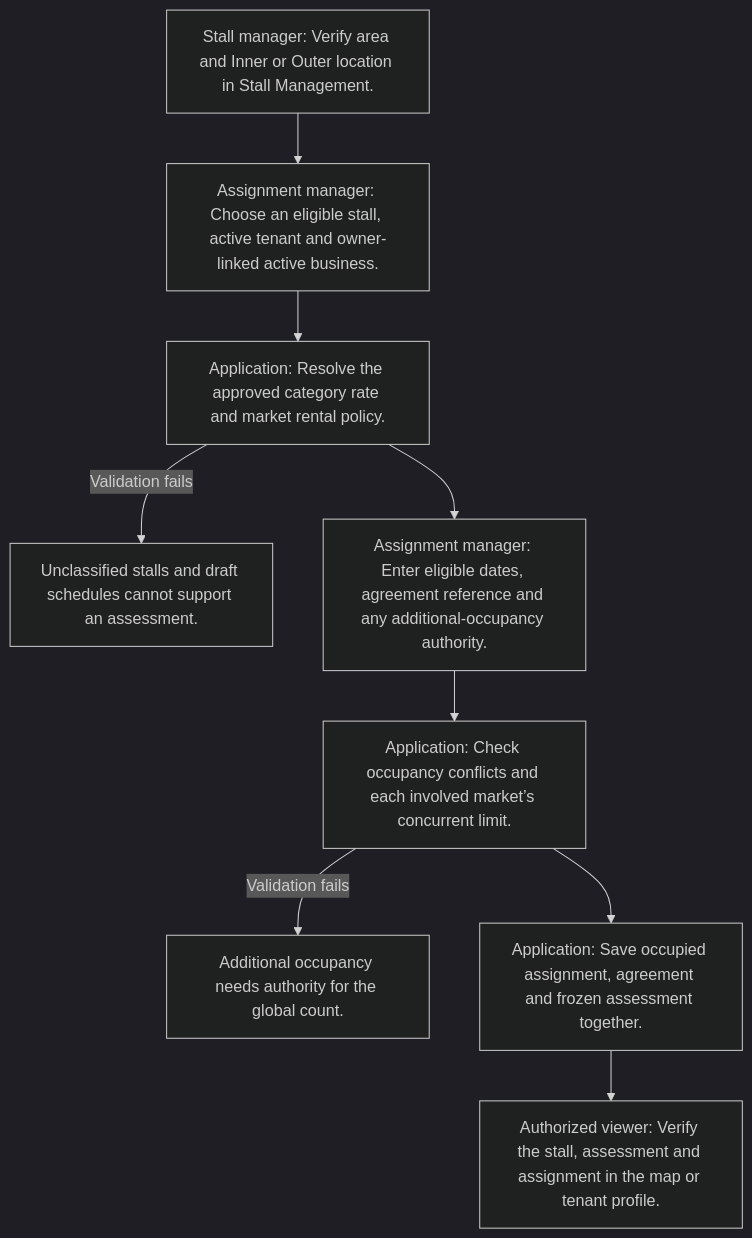
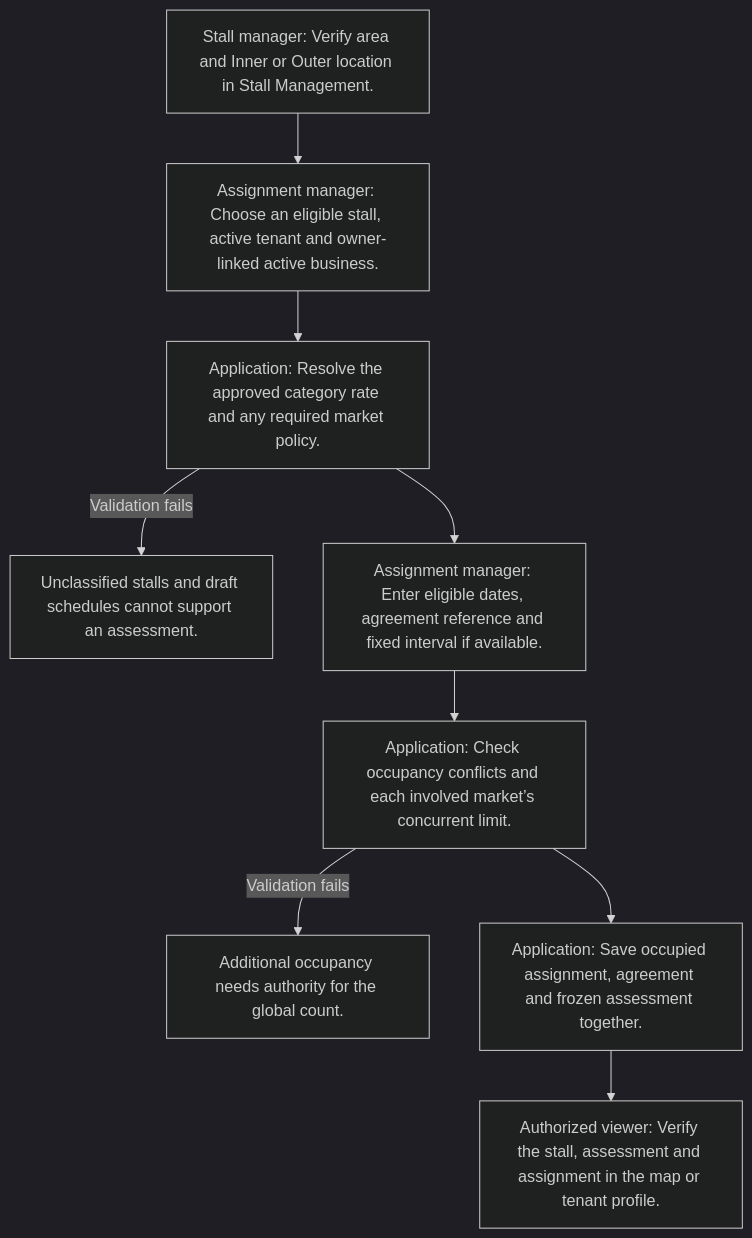
The diagram in docs/user-manual/workflows/04-stall-assignment.mmd (byte-vnz/markethub), drawn with Mermaid (dark theme) before and after one commit. The commit also changed 208 other files, not shown here.

```diff
--- a/docs/user-manual/workflows/04-stall-assignment.mmd
+++ b/docs/user-manual/workflows/04-stall-assignment.mmd
@@ -1,16 +1,16 @@
 flowchart TD
     N0["Stall manager: Verify area and Inner or Outer location in Stall Management."]
     N1["Assignment manager: Choose an eligible stall, active tenant and owner-linked active business."]
     N0 --> N1
-    N2["Application: Resolve the approved category rate and market rental policy."]
+    N2["Application: Resolve the approved category rate and any required market policy."]
     N1 --> N2
     N2 -->|Validation fails| F2["Unclassified stalls and draft schedules cannot support an assessment."]
-    N3["Assignment manager: Enter eligible dates, agreement reference and any additional-occupancy authority."]
+    N3["Assignment manager: Enter eligible dates, agreement reference and fixed interval if available."]
     N2 --> N3
     N4["Application: Check occupancy conflicts and each involved market’s concurrent limit."]
     N3 --> N4
     N4 -->|Validation fails| F4["Additional occupancy needs authority for the global count."]
     N5["Application: Save occupied assignment, agreement and frozen assessment together."]
     N4 --> N5
     N6["Authorized viewer: Verify the stall, assessment and assignment in the map or tenant profile."]
     N5 --> N6
```
